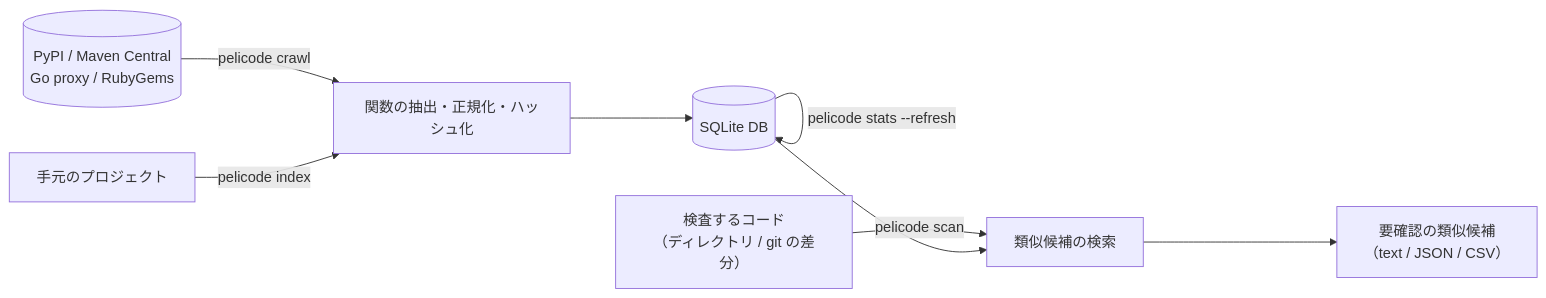
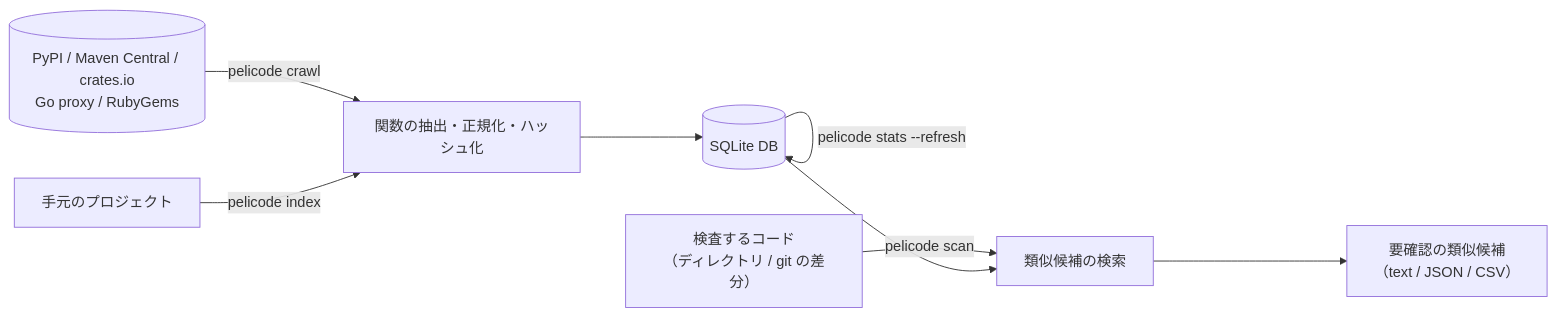
The diagram in README.ja.md (tamada/pelicode), drawn with Mermaid before and after one commit. The commit also changed other lines of this file and 12 other files, not shown here.

````diff
--- a/README.ja.md
+++ b/README.ja.md
@@ -16,10 +16,10 @@
 ```mermaid
 flowchart LR
-    R[("PyPI / Maven Central<br/>Go proxy / RubyGems")] -->|pelicode crawl| I
+    R[("PyPI / Maven Central / crates.io<br/>Go proxy / RubyGems")] -->|pelicode crawl| I
     P["手元のプロジェクト"] -->|pelicode index| I
     I["関数の抽出・正規化・ハッシュ化"] --> D[("SQLite DB")]
     D -->|pelicode stats --refresh| D
     T["検査するコード<br/>（ディレクトリ / git の差分）"] -->|pelicode scan| S["類似候補の検索"]
     D --> S
     S --> O["要確認の類似候補<br/>（text / JSON / CSV）"]
 ```
````
